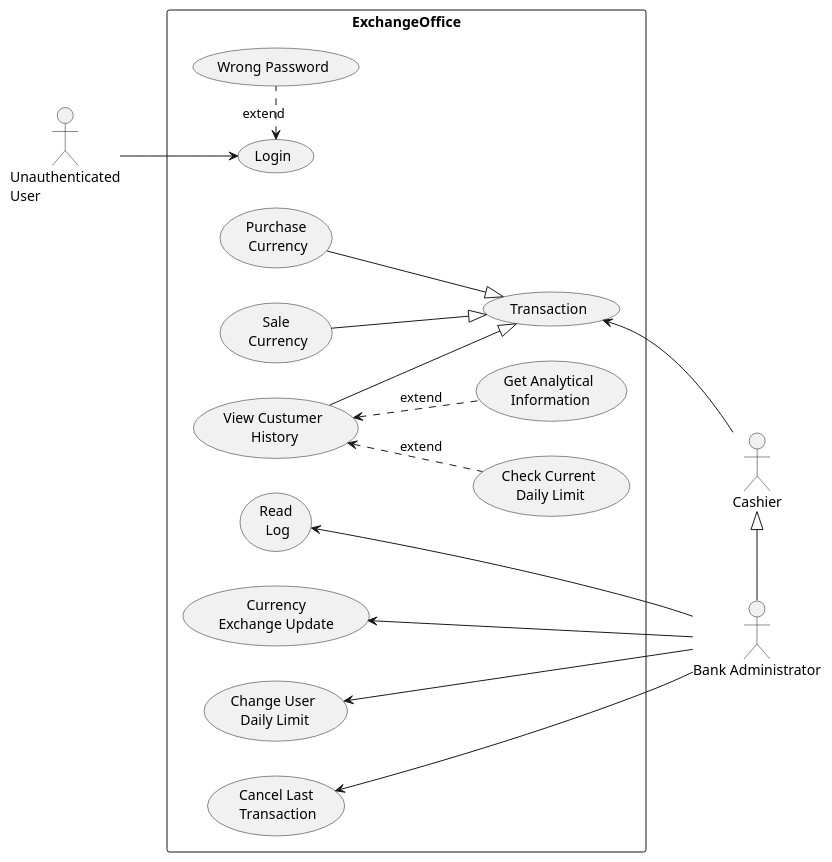
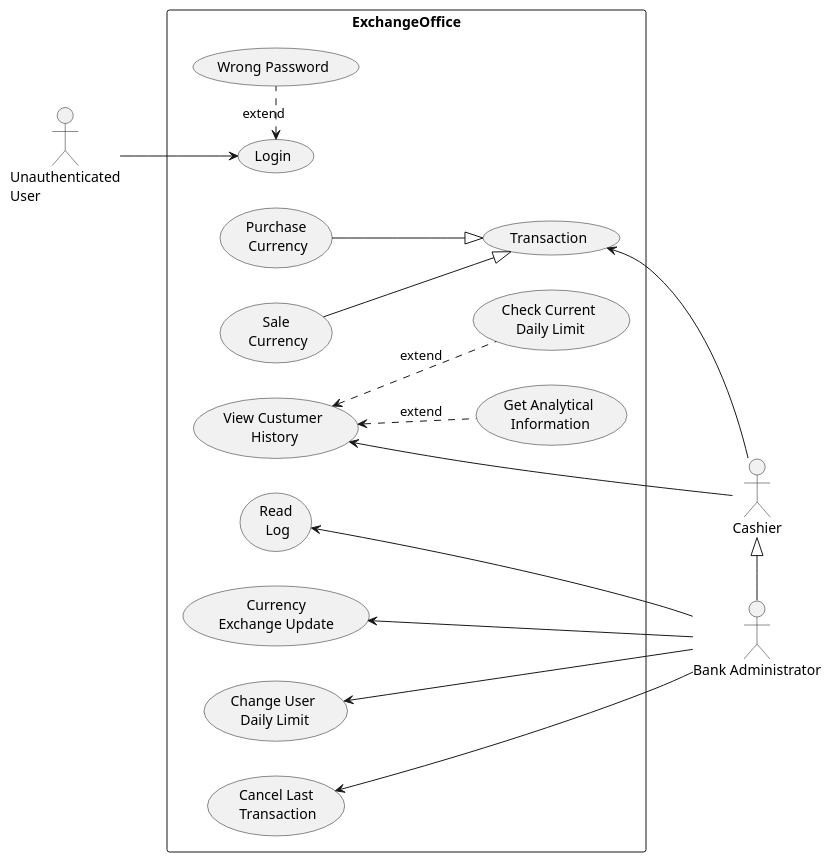
One commit to DanilaKe/ExchangeOfficeApplication changed the diagram in ExchangeOfficeApplication/UML/UseCaseDiagram.puml. Above: the diagram before and after it, drawn with PlantUML. The commit also changed 4 other files, not shown here.

Commit message:
Add Activity diagram for Transaction and View History use case.

```diff
--- a/ExchangeOfficeApplication/UML/UseCaseDiagram.puml
+++ b/ExchangeOfficeApplication/UML/UseCaseDiagram.puml
@@ -1,26 +1,26 @@
 @startuml
 
 left to right direction
 skinparam packageStyle rectangle
 actor :Unauthenticated\nUser:
 actor Cashier
 actor :Bank Administrator:
 rectangle ExchangeOffice {
   :Unauthenticated\nUser: --> (Login)
   (Login) <. (Wrong Password) : ""extend""
   
-  (Transaction) <-- :Cashier:
+      (Transaction) <-- :Cashier:
   (Purchase\n Currency) --|> (Transaction)
   (Sale\n Currency) --|> (Transaction)
-  (View Custumer\n History) --|> (Transaction)
+  (View Custumer\n History) <-- :Cashier:
   (View Custumer\n History) <.. (Get Analytical\n Information) : ""extend""
   (View Custumer\n History) <.. (Check Current\n Daily Limit) : ""extend""
   
   (Read\n Log) <-- :Bank Administrator:
   (Currency\nExchange Update) <-- :Bank Administrator:
   (Change User\n Daily Limit) <-- :Bank Administrator:
   (Cancel Last\n Transaction) <-- :Bank Administrator:
   :Cashier: <|-:Bank Administrator:
 }
 
 @enduml
```
